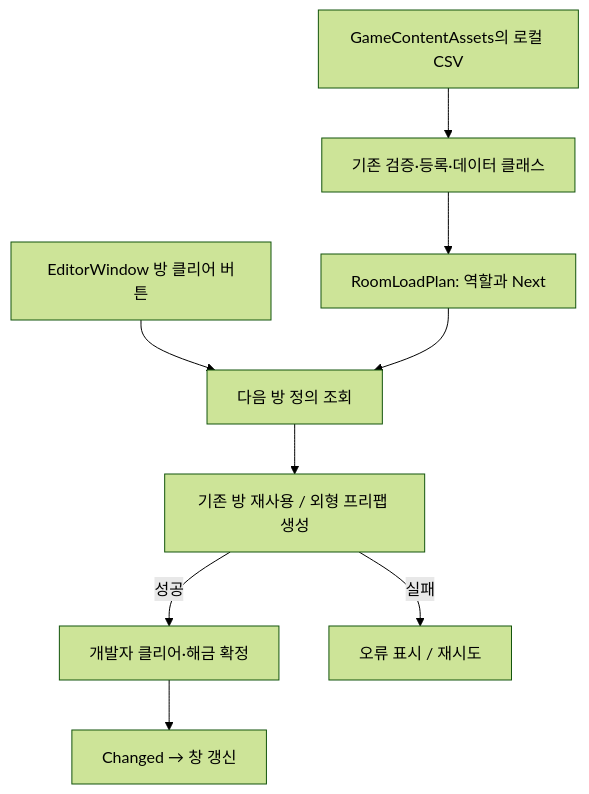
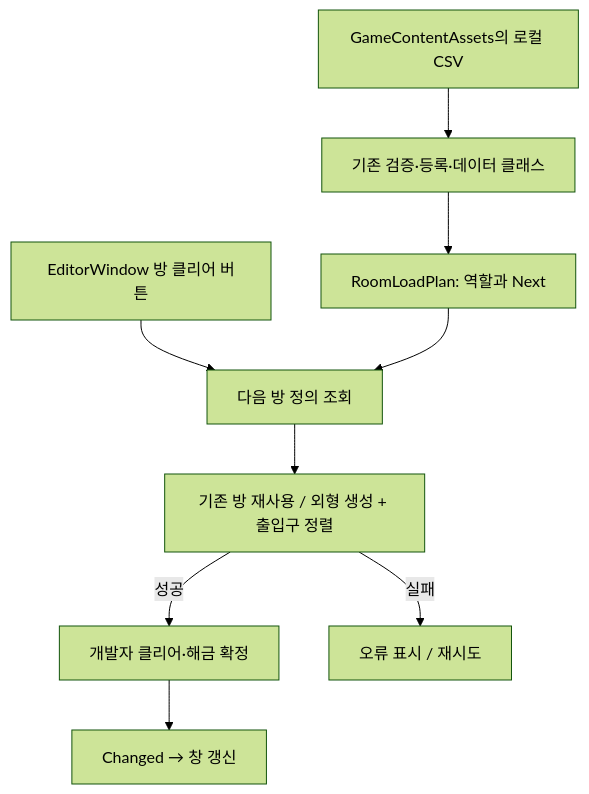
The diagram in Docs/DeveloperRoomClear.md (lkhwcf-arch/-listen), drawn with Mermaid (forest theme) before and after one commit. The commit also changed other lines of this file and 7 other files, not shown here.

````diff
--- a/Docs/DeveloperRoomClear.md
+++ b/Docs/DeveloperRoomClear.md
@@ -34,11 +36,11 @@
 ```mermaid
 flowchart TD
     CSV[GameContentAssets의 로컬 CSV] --> STORE[기존 검증·등록·데이터 클래스]
     STORE --> PLAN[RoomLoadPlan: 역할과 Next]
     BUTTON[EditorWindow 방 클리어 버튼] --> PREPARE[다음 방 정의 조회]
     PLAN --> PREPARE
-    PREPARE --> PREVIEW[기존 방 재사용 / 외형 프리팹 생성]
+    PREPARE --> PREVIEW[기존 방 재사용 / 외형 생성 + 출입구 정렬]
     PREVIEW -->|성공| STATE[개발자 클리어·해금 확정]
     STATE --> EVENT[Changed → 창 갱신]
     PREVIEW -->|실패| ERROR[오류 표시 / 재시도]
 ```
````
